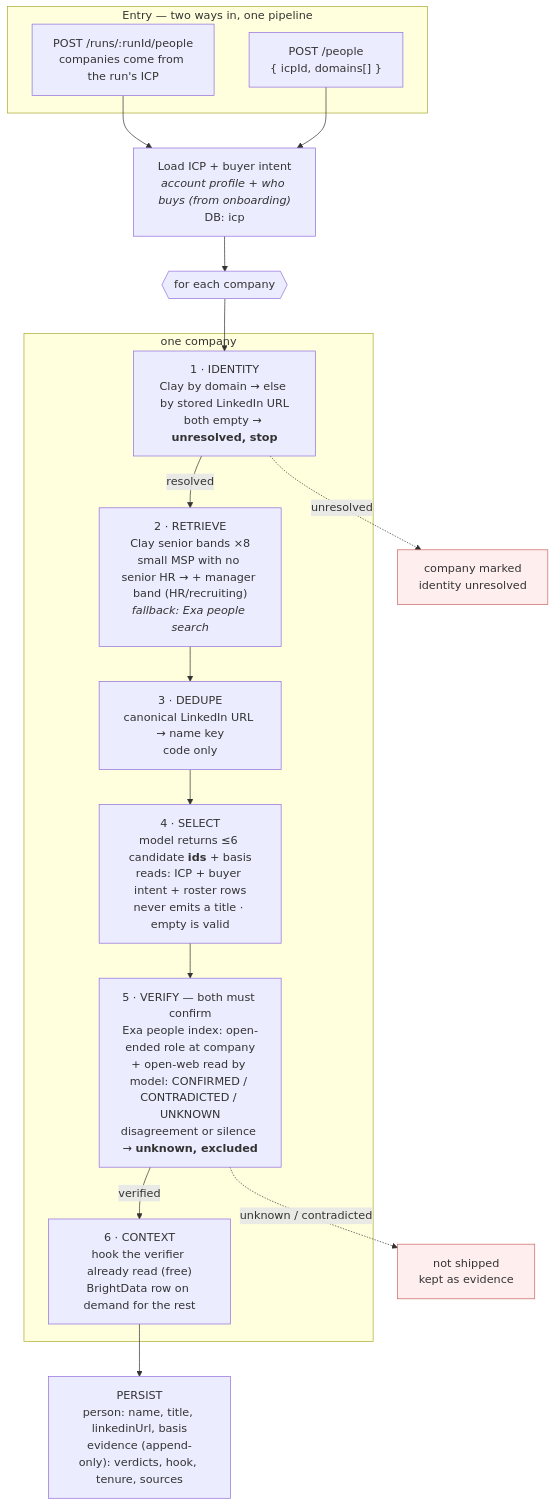
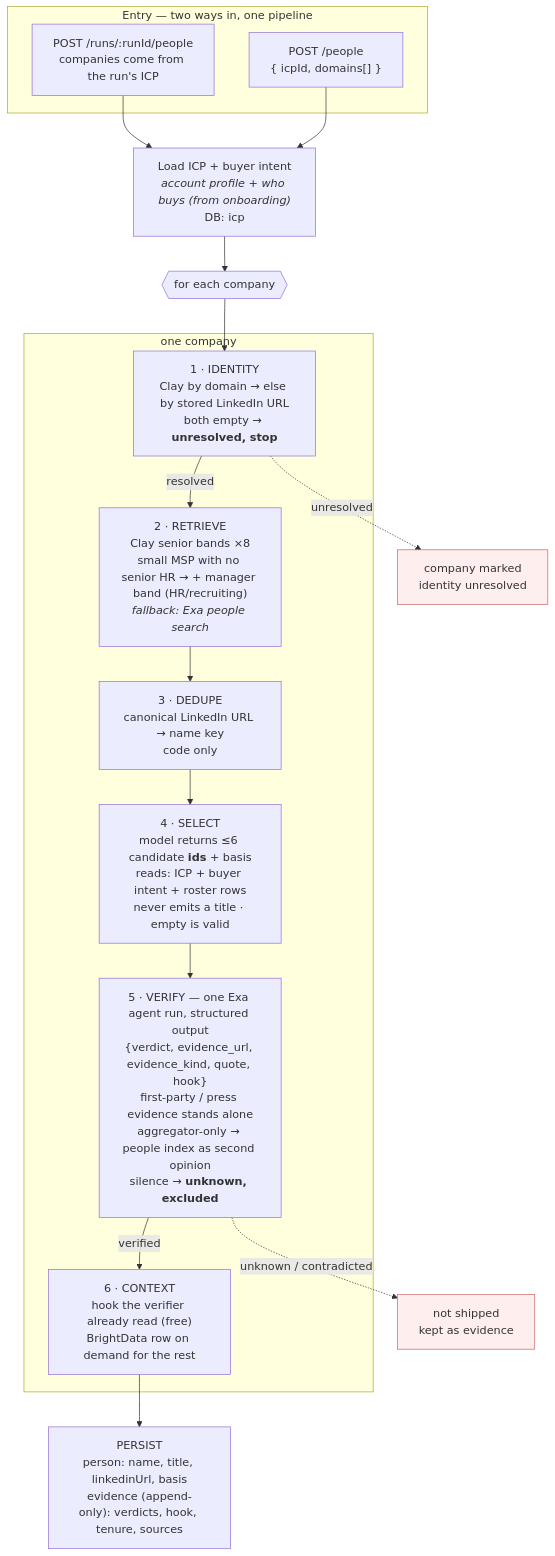
Before and after one commit to algominds-ai/algominds-backend: the diagram in docs/solutions/people-probe/x/people-pipeline.md, drawn with Mermaid. The commit also changed other lines of this file and 4 other files, not shown here.

First line of the commit message:
docs: verification becomes one Exa agent run, measured on the same controls

````diff
--- a/docs/solutions/people-probe/x/people-pipeline.md
+++ b/docs/solutions/people-probe/x/people-pipeline.md
@@ -3,30 +3,30 @@
 ```mermaid
 flowchart TD
     subgraph entry["Entry — two ways in, one pipeline"]
         A1["POST /runs/:runId/people<br/>companies come from the run's ICP"]
         A2["POST /people<br/>{ icpId, domains[] }"]
     end
     A1 --> B
     A2 --> B
     B["Load ICP + buyer intent<br/><i>account profile + who buys (from onboarding)</i><br/>DB: icp"]
     B --> C{{"for each company"}}
 
     C --> S1
     subgraph company["one company"]
         S1["1 · IDENTITY<br/>Clay by domain → else by stored LinkedIn URL<br/>both empty → <b>unresolved, stop</b>"]
         S2["2 · RETRIEVE<br/>Clay senior bands ×8<br/>small MSP with no senior HR → + manager band (HR/recruiting)<br/><i>fallback: Exa people search</i>"]
         S3["3 · DEDUPE<br/>canonical LinkedIn URL → name key<br/>code only"]
         S4["4 · SELECT<br/>model returns ≤6 candidate <b>ids</b> + basis<br/>reads: ICP + buyer intent + roster rows<br/>never emits a title · empty is valid"]
-        S5["5 · VERIFY — both must confirm<br/>Exa people index: open-ended role at company<br/>+ open-web read by model: CONFIRMED / CONTRADICTED / UNKNOWN<br/>disagreement or silence → <b>unknown, excluded</b>"]
+        S5["5 · VERIFY — one Exa agent run, structured output<br/>{verdict, evidence_url, evidence_kind, quote, hook}<br/>first-party / press evidence stands alone<br/>aggregator-only → people index as second opinion<br/>silence → <b>unknown, excluded</b>"]
         S6["6 · CONTEXT<br/>hook the verifier already read (free)<br/>BrightData row on demand for the rest"]
         S1 -->|resolved| S2 --> S3 --> S4 --> S5 -->|verified| S6
     end
 
     S6 --> P["PERSIST<br/>person: name, title, linkedinUrl, basis<br/>evidence (append-only): verdicts, hook, tenure, sources"]
     S1 -.->|unresolved| E["company marked<br/>identity unresolved"]
     S5 -.->|unknown / contradicted| X["not shipped<br/>kept as evidence"]
 
     classDef prov fill:#eef,stroke:#88a
     classDef stop fill:#fee,stroke:#c66
     class E,X stop
 ```
````
